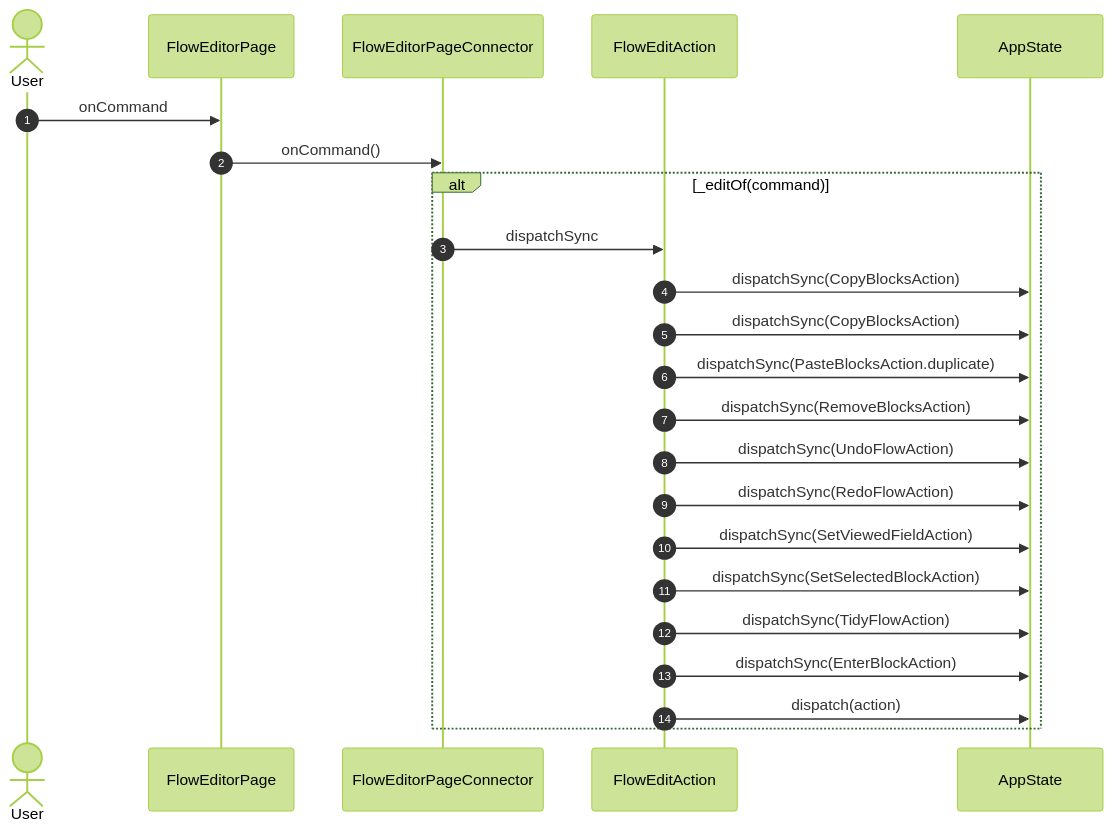
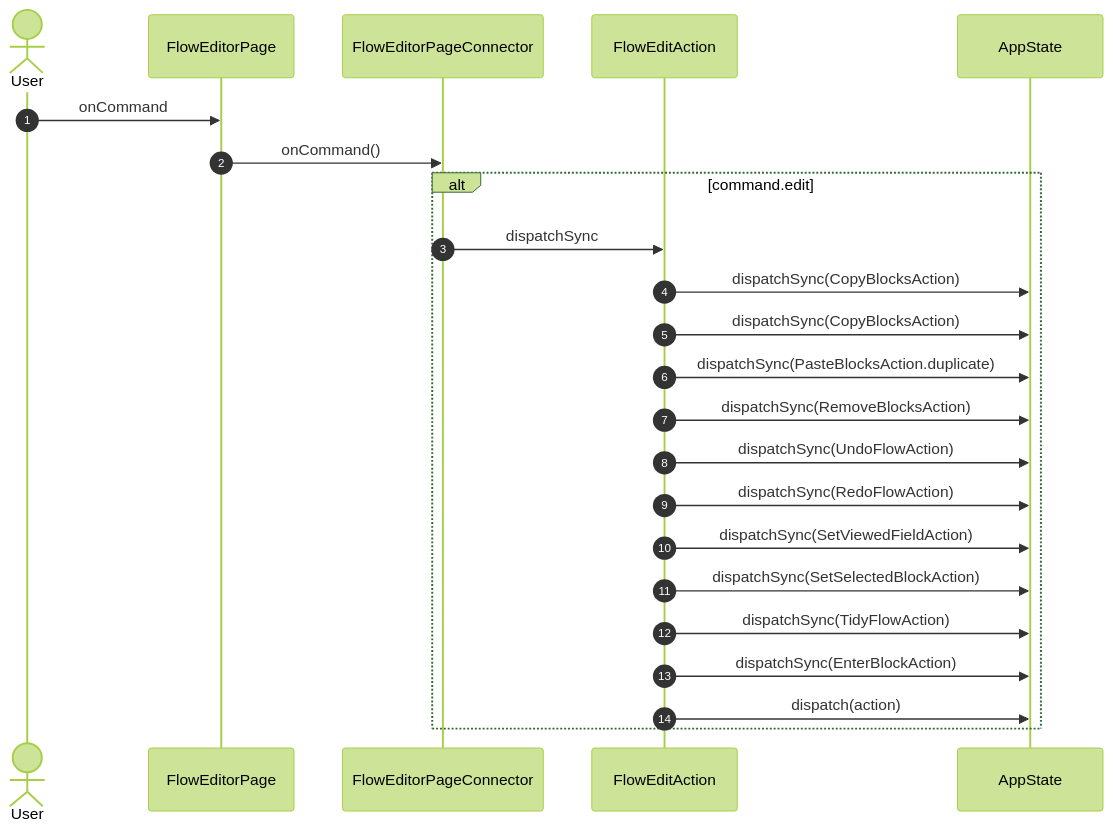
Diagram 24 of 39 in studio/docs/flows/flowEditor.md (gencto/wyrm), drawn with Mermaid (forest theme) before and after one commit. The commit also changed other lines of this file and 25 other files, not shown here.

````diff
--- a/studio/docs/flows/flowEditor.md
+++ b/studio/docs/flows/flowEditor.md
@@ -479,26 +428,26 @@
 ```mermaid
 sequenceDiagram
     autonumber
     actor User
     participant UI as FlowEditorPage
     participant VM as FlowEditorPageConnector
     participant A1 as FlowEditAction
     participant ST as AppState
 
     User->>UI: onCommand
     UI->>VM: onCommand()
-    alt _editOf(command)
+    alt command.edit
         VM->>A1: dispatchSync
         A1->>ST: dispatchSync(CopyBlocksAction)
         A1->>ST: dispatchSync(CopyBlocksAction)
         A1->>ST: dispatchSync(PasteBlocksAction.duplicate)
         A1->>ST: dispatchSync(RemoveBlocksAction)
         A1->>ST: dispatchSync(UndoFlowAction)
         A1->>ST: dispatchSync(RedoFlowAction)
         A1->>ST: dispatchSync(SetViewedFieldAction)
         A1->>ST: dispatchSync(SetSelectedBlockAction)
         A1->>ST: dispatchSync(TidyFlowAction)
         A1->>ST: dispatchSync(EnterBlockAction)
         A1->>ST: dispatch(action)
     end
 ```
````
